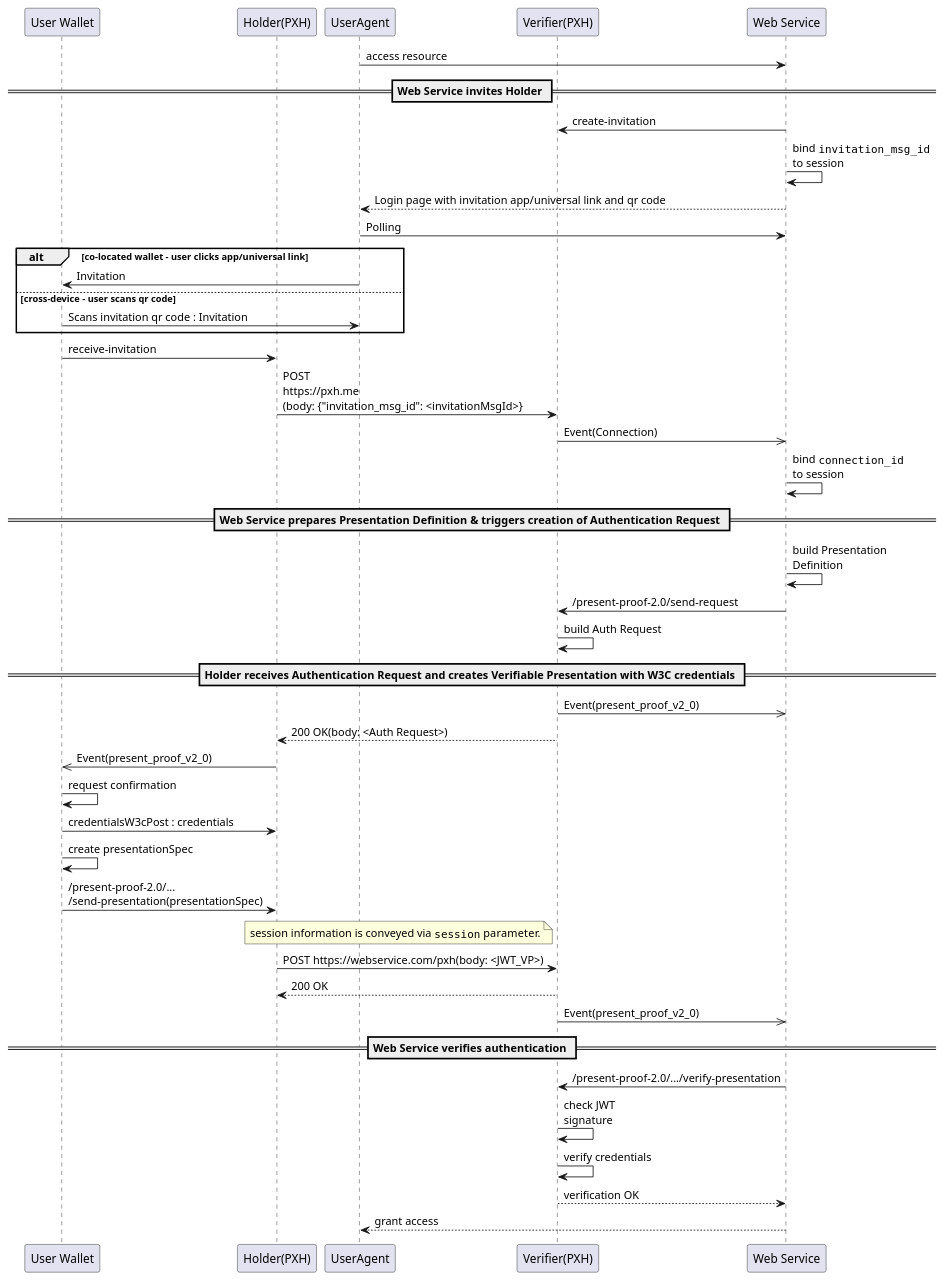
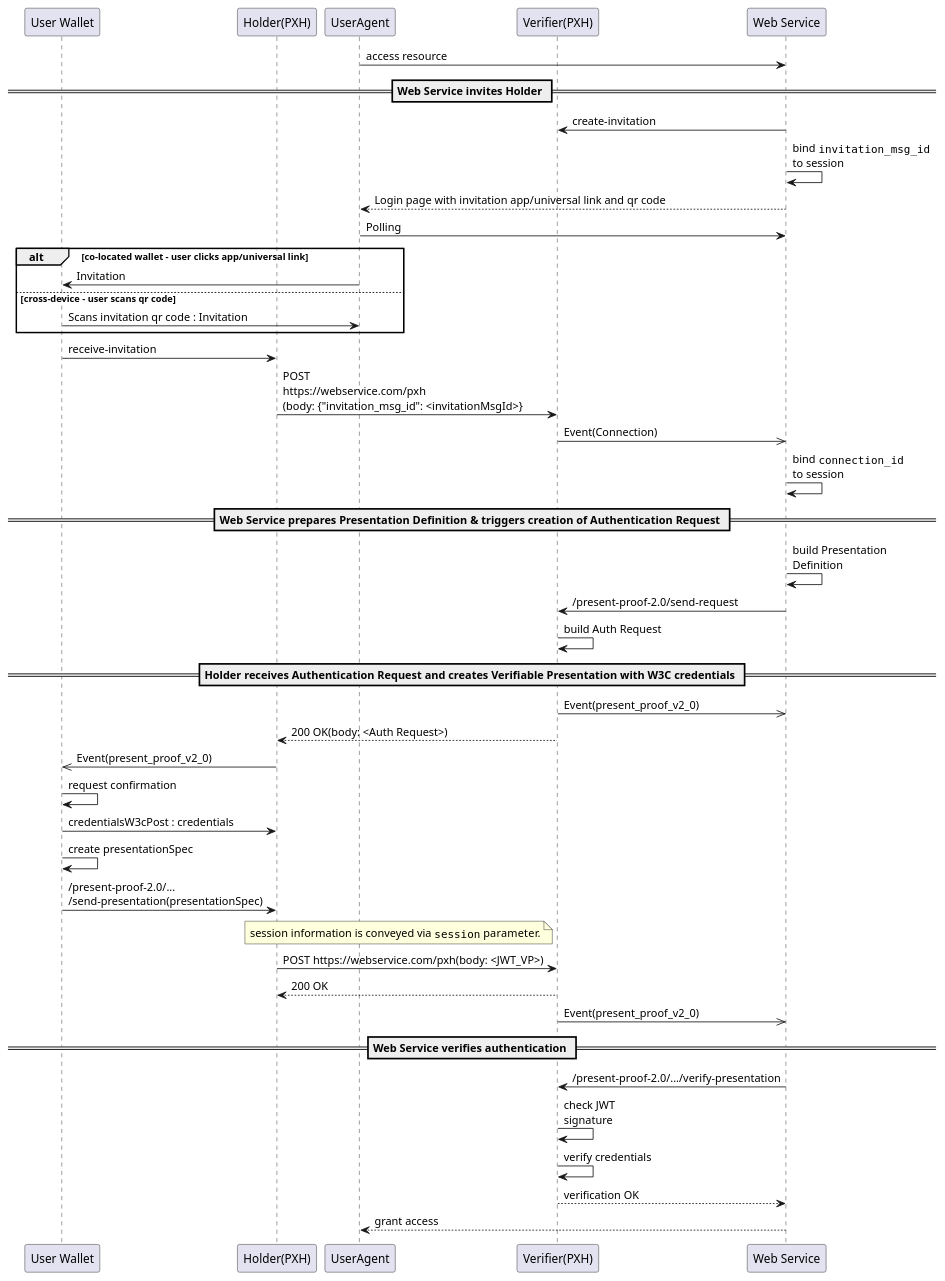
Before and after one commit to gematik/poc-fue-presentationExchangeOverHttp: the diagram in README.adoc, drawn with PlantUML.

Commit message:
wrong endpoint fixed

```diff
--- a/README.adoc
+++ b/README.adoc
@@ -34,65 +34,65 @@
 [plantuml]
 ----
 @startuml
 'https://plantuml.com/sequence-diagram
 
 skinparam BoxPadding 10
 
 participant "User Wallet" as User
 participant "Holder(PXH)" as HolderAgent
 participant UserAgent
 participant "Verifier(PXH)" as VerifierAgent
 participant "Web Service" as webservice
 
 
 UserAgent -> webservice : access resource
 
 == Web Service invites Holder ==
 
 webservice  -> VerifierAgent : create-invitation
 webservice  -> webservice    : bind ""invitation_msg_id""\nto session
 webservice --> UserAgent     : Login page with invitation app/universal link and qr code
 UserAgent   -> webservice    : Polling
 
 alt co-located wallet - user clicks app/universal link
     UserAgent -> User : Invitation
 else cross-device - user scans qr code
     User -> UserAgent : Scans invitation qr code : Invitation
 end
 
 User           -> HolderAgent   : receive-invitation
-HolderAgent    -> VerifierAgent : POST\nhttps://pxh.me\n(body: {"invitation_msg_id": <invitationMsgId>}
+HolderAgent    -> VerifierAgent : POST\nhttps://webservice.com/pxh\n(body: {"invitation_msg_id": <invitationMsgId>}
 VerifierAgent ->> webservice    : Event(Connection)
 webservice     -> webservice    : bind ""connection_id""\nto session
 
 == Web Service prepares Presentation Definition & triggers creation of Authentication Request ==
 
 webservice    -> webservice    : build Presentation\nDefinition
 webservice    -> VerifierAgent : /present-proof-2.0/send-request
 VerifierAgent -> VerifierAgent : build Auth Request
 
 == Holder receives Authentication Request and creates Verifiable Presentation with W3C credentials ==
 
 VerifierAgent ->> webservice    : Event(present_proof_v2_0)
 HolderAgent   <-- VerifierAgent : 200 OK(body: <Auth Request>)
 HolderAgent   ->> User          : Event(present_proof_v2_0)
 User           -> User          : request confirmation
 User           -> HolderAgent   : credentialsW3cPost : credentials
 User           -> User          : create presentationSpec
 User           -> HolderAgent   : /present-proof-2.0/...\n/send-presentation(presentationSpec)
 note left of VerifierAgent : session information is conveyed via ""session"" parameter.
 
 HolderAgent   ->  VerifierAgent : POST https://webservice.com/pxh(body: <JWT_VP>)
 HolderAgent   <-- VerifierAgent : 200 OK
 VerifierAgent ->> webservice    : Event(present_proof_v2_0)
 
 == Web Service verifies authentication ==
 
 webservice     -> VerifierAgent : /present-proof-2.0/.../verify-presentation
 VerifierAgent  -> VerifierAgent : check JWT\nsignature
 VerifierAgent  -> VerifierAgent : verify credentials
 webservice    <-- VerifierAgent : verification OK
 UserAgent     <-- webservice    : grant access
 
 @enduml
 ----
```
